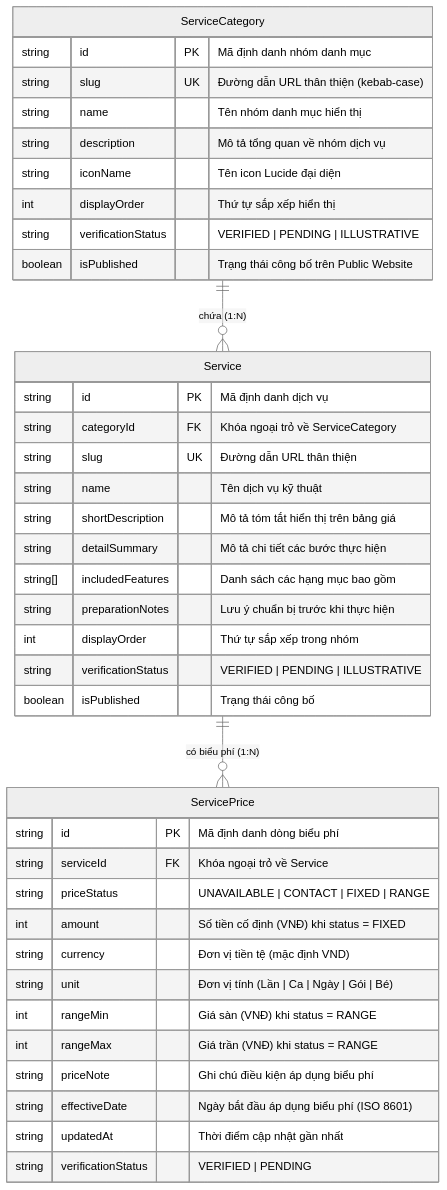
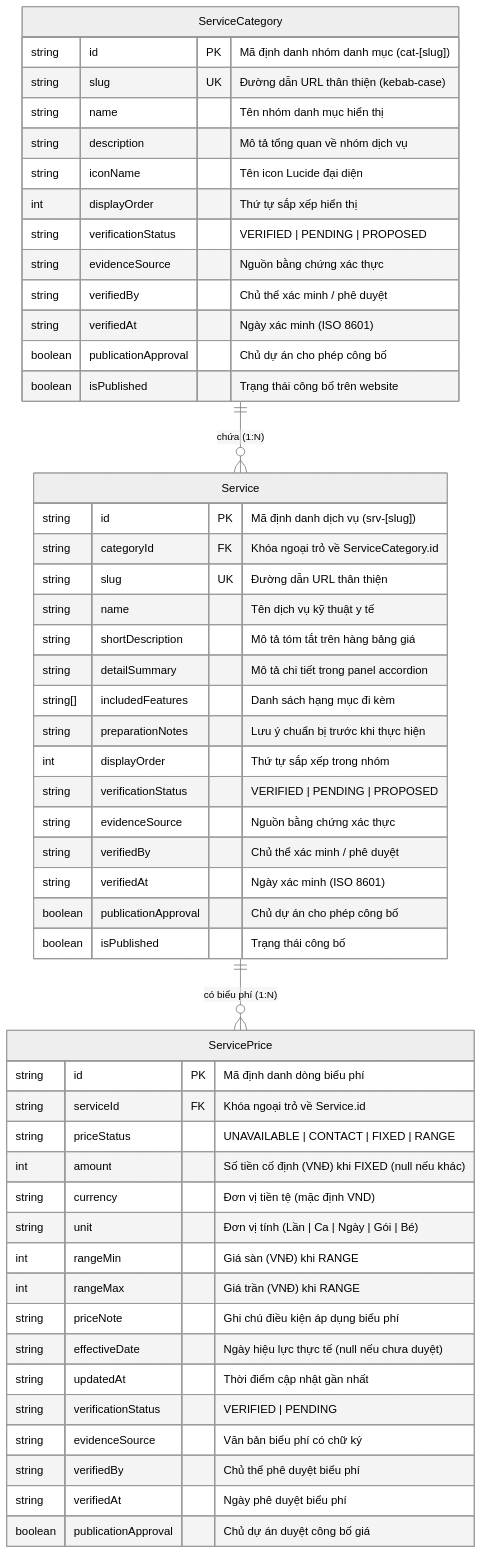
Before and after one commit to lqt140304-rgb/webchinhthuc: the diagram in docs/phase-3b/3b-00-data-schema.md, drawn with Mermaid (neutral theme). The commit also changed other lines of this file and 6 other files, not shown here.

````diff
--- a/docs/phase-3b/3b-00-data-schema.md
+++ b/docs/phase-3b/3b-00-data-schema.md
@@ -21,45 +18,57 @@
 ```mermaid
 erDiagram
     ServiceCategory ||--o{ Service : "chứa (1:N)"
     Service ||--o{ ServicePrice : "có biểu phí (1:N)"
 
     ServiceCategory {
-        string id PK "Mã định danh nhóm danh mục"
+        string id PK "Mã định danh nhóm danh mục (cat-[slug])"
         string slug UK "Đường dẫn URL thân thiện (kebab-case)"
         string name "Tên nhóm danh mục hiển thị"
         string description "Mô tả tổng quan về nhóm dịch vụ"
         string iconName "Tên icon Lucide đại diện"
         int displayOrder "Thứ tự sắp xếp hiển thị"
-        string verificationStatus "VERIFIED | PENDING | ILLUSTRATIVE"
-        boolean isPublished "Trạng thái công bố trên Public Website"
+        string verificationStatus "VERIFIED | PENDING | PROPOSED"
+        string evidenceSource "Nguồn bằng chứng xác thực"
+        string verifiedBy "Chủ thể xác minh / phê duyệt"
+        string verifiedAt "Ngày xác minh (ISO 8601)"
+        boolean publicationApproval "Chủ dự án cho phép công bố"
+        boolean isPublished "Trạng thái công bố trên website"
     }
 
     Service {
-        string id PK "Mã định danh dịch vụ"
-        string categoryId FK "Khóa ngoại trỏ về ServiceCategory"
+        string id PK "Mã định danh dịch vụ (srv-[slug])"
+        string categoryId FK "Khóa ngoại trỏ về ServiceCategory.id"
         string slug UK "Đường dẫn URL thân thiện"
-        string name "Tên dịch vụ kỹ thuật"
-        string shortDescription "Mô tả tóm tắt hiển thị trên bảng giá"
-        string detailSummary "Mô tả chi tiết các bước thực hiện"
-        string[] includedFeatures "Danh sách các hạng mục bao gồm"
+        string name "Tên dịch vụ kỹ thuật y tế"
+        string shortDescription "Mô tả tóm tắt trên hàng bảng giá"
+        string detailSummary "Mô tả chi tiết trong panel accordion"
+        string[] includedFeatures "Danh sách hạng mục đi kèm"
         string preparationNotes "Lưu ý chuẩn bị trước khi thực hiện"
         int displayOrder "Thứ tự sắp xếp trong nhóm"
-        string verificationStatus "VERIFIED | PENDING | ILLUSTRATIVE"
+        string verificationStatus "VERIFIED | PENDING | PROPOSED"
+        string evidenceSource "Nguồn bằng chứng xác thực"
+        string verifiedBy "Chủ thể xác minh / phê duyệt"
+        string verifiedAt "Ngày xác minh (ISO 8601)"
+        boolean publicationApproval "Chủ dự án cho phép công bố"
         boolean isPublished "Trạng thái công bố"
     }
 
     ServicePrice {
         string id PK "Mã định danh dòng biểu phí"
-        string serviceId FK "Khóa ngoại trỏ về Service"
+        string serviceId FK "Khóa ngoại trỏ về Service.id"
         string priceStatus "UNAVAILABLE | CONTACT | FIXED | RANGE"
-        int amount "Số tiền cố định (VNĐ) khi status = FIXED"
+        int amount "Số tiền cố định (VNĐ) khi FIXED (null nếu khác)"
         string currency "Đơn vị tiền tệ (mặc định VND)"
         string unit "Đơn vị tính (Lần | Ca | Ngày | Gói | Bé)"
-        int rangeMin "Giá sàn (VNĐ) khi status = RANGE"
-        int rangeMax "Giá trần (VNĐ) khi status = RANGE"
+        int rangeMin "Giá sàn (VNĐ) khi RANGE"
+        int rangeMax "Giá trần (VNĐ) khi RANGE"
         string priceNote "Ghi chú điều kiện áp dụng biểu phí"
-        string effectiveDate "Ngày bắt đầu áp dụng biểu phí (ISO 8601)"
+        string effectiveDate "Ngày hiệu lực thực tế (null nếu chưa duyệt)"
         string updatedAt "Thời điểm cập nhật gần nhất"
         string verificationStatus "VERIFIED | PENDING"
+        string evidenceSource "Văn bản biểu phí có chữ ký"
+        string verifiedBy "Chủ thể phê duyệt biểu phí"
+        string verifiedAt "Ngày phê duyệt biểu phí"
+        boolean publicationApproval "Chủ dự án duyệt công bố giá"
     }
 ```
````
